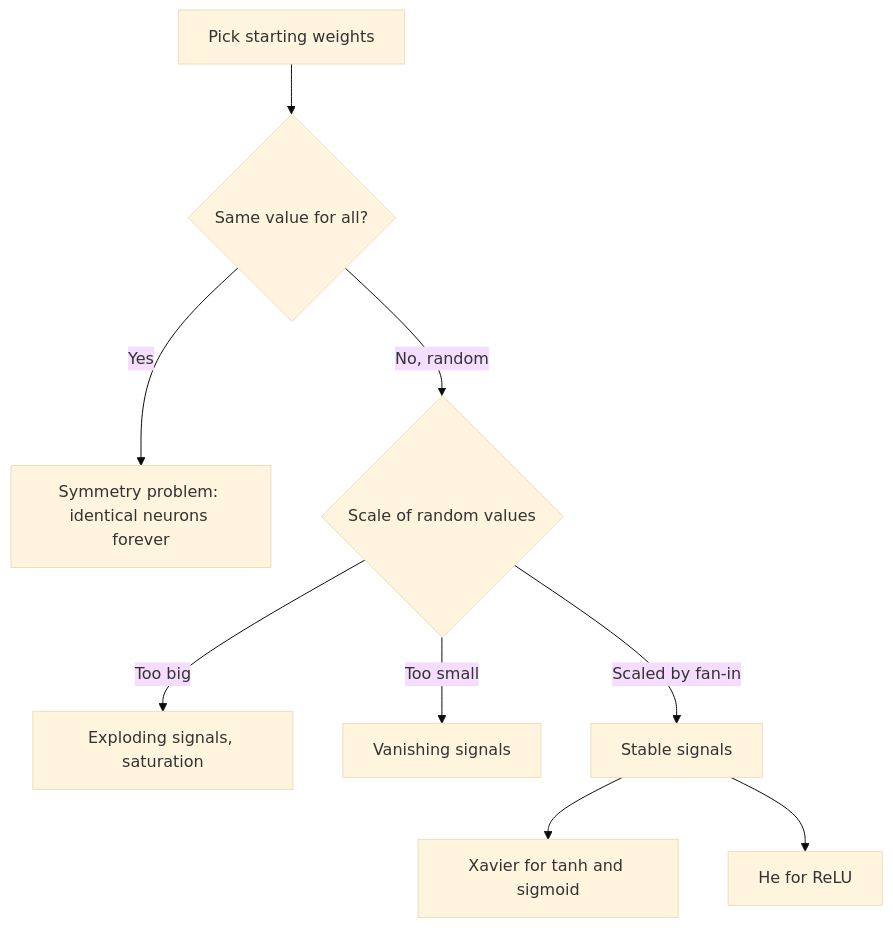
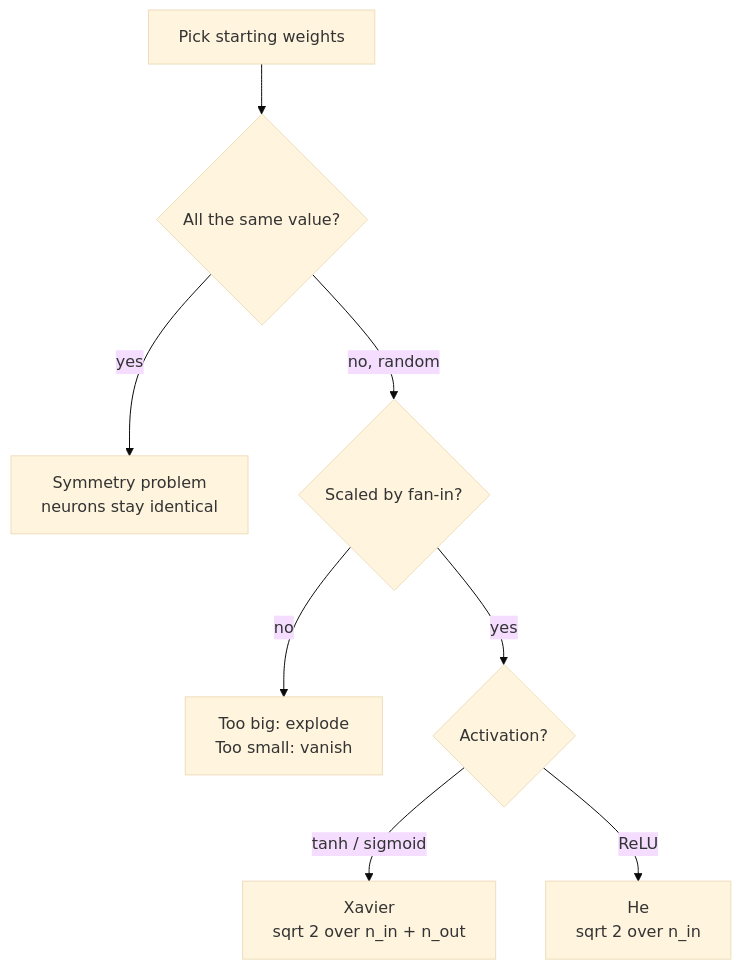
One commit to kaisarnajar/outcome-school-blogs changed the first of 2 diagrams in notes/step-02-deep-learning-and-neural-networks/034-random-weight-initialization.md. Above: the diagram before and after it, drawn with Mermaid (base theme). The commit also changed other lines of this file and 233 other files, not shown here.

````diff
--- a/notes/step-02-deep-learning-and-neural-networks/034-random-weight-initialization.md
+++ b/notes/step-02-deep-learning-and-neural-networks/034-random-weight-initialization.md
@@ -37,11 +75,10 @@
 ```mermaid
 flowchart TD
-    A["Pick starting weights"] --> B{"Same value for all?"}
-    B -->|"Yes"| C["Symmetry problem: identical neurons forever"]
-    B -->|"No, random"| D{"Scale of random values"}
-    D -->|"Too big"| E["Exploding signals, saturation"]
-    D -->|"Too small"| F["Vanishing signals"]
-    D -->|"Scaled by fan-in"| G["Stable signals"]
-    G --> H["Xavier for tanh and sigmoid"]
-    G --> I["He for ReLU"]
+    A["Pick starting weights"] --> B{"All the same value?"}
+    B -->|"yes"| C["Symmetry problem<br/>neurons stay identical"]
+    B -->|"no, random"| D{"Scaled by fan-in?"}
+    D -->|"no"| E["Too big: explode<br/>Too small: vanish"]
+    D -->|"yes"| F{"Activation?"}
+    F -->|"tanh / sigmoid"| G["Xavier<br/>sqrt 2 over n_in + n_out"]
+    F -->|"ReLU"| H["He<br/>sqrt 2 over n_in"]
 ```
````
